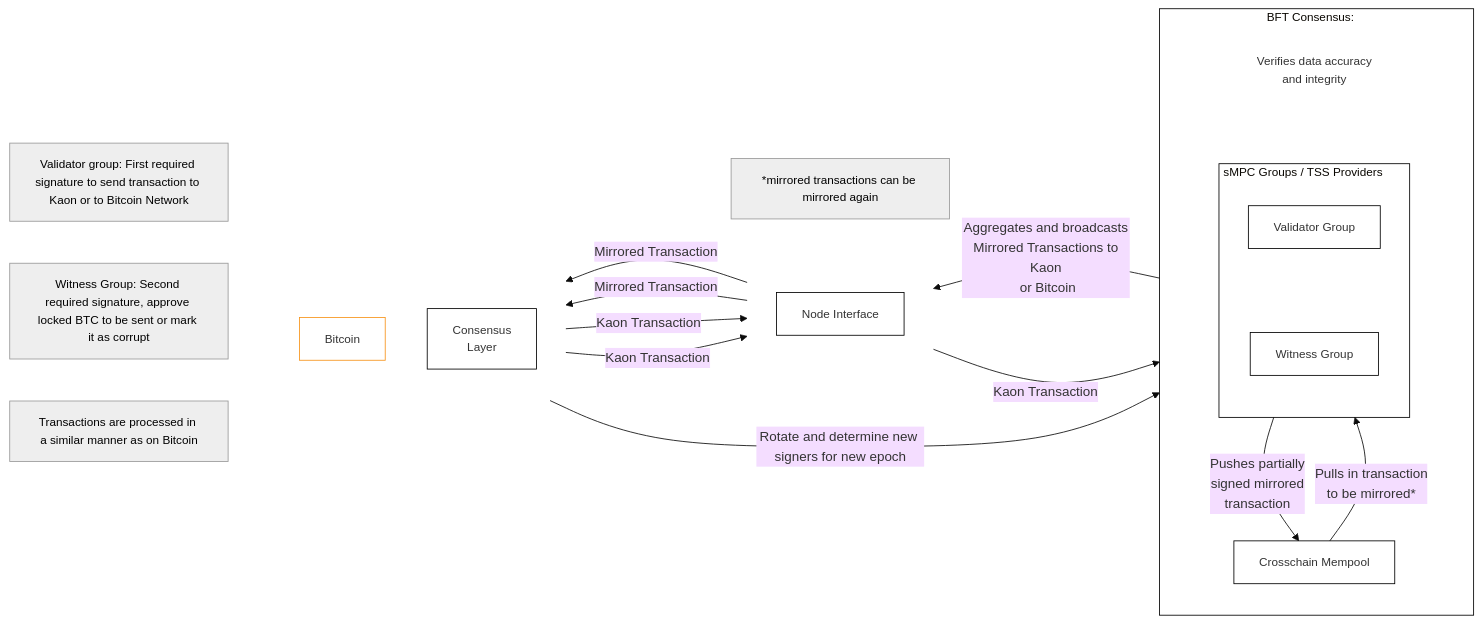
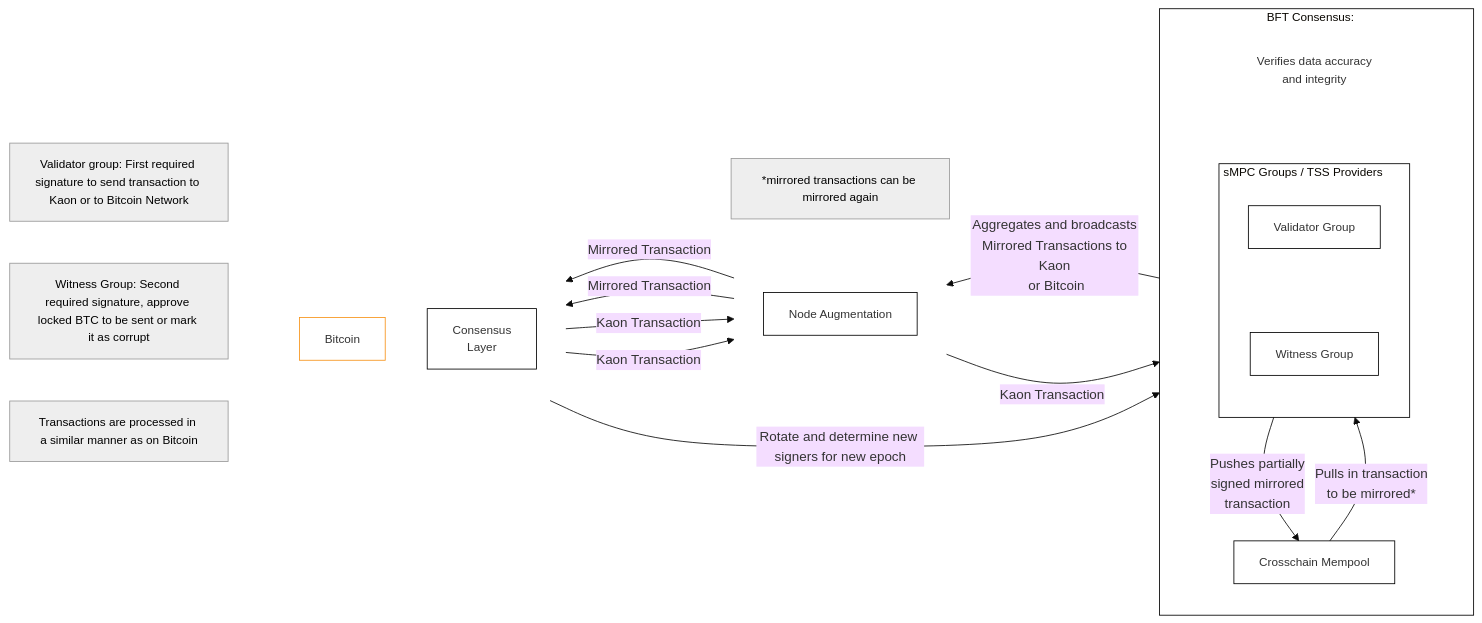
Before and after one commit to kaonone/project-overview: the first of 7 diagrams in README.md, drawn with Mermaid (base theme). The commit also changed other lines of this file, not shown here.

Commit message:
Replaced Node Interface term

````diff
--- a/README.md
+++ b/README.md
@@ -23,73 +23,73 @@
 ```mermaid
 %% Set default font style to Arial for compatibility
 %% Use font-size and color to ensure text displays correctly in PowerPoint
 
 flowchart RL
  subgraph s3[" "]
     direction TB
         BTC["Bitcoin"]
         CL["Consensus<br /> Layer"]
  end
  style BTC fill:transparent,stroke:#F7931A,font-family:Arial,font-size:14px
  style CL fill:transparent,stroke:#000000,font-family:Arial,font-size:14px
  style s3 fill:transparent,stroke-width:0px,font-family:Arial
 
  subgraph s4[" "]
     direction TB
-         NI["Node Interface"]
+         NI["Node Augmentation"]
  end
  style NI fill:none,stroke:#000000,font-family:Arial,font-size:14px
  style s4 fill:none,stroke-width:0px,font-family:Arial
 
  subgraph s1["BFT Consensus:"]
     direction TB
         n4["Crosschain Mempool"]
         s2
         n1["Verifies data accuracy<br> and integrity"]
   end
  style s1 fill:none,stroke:#000000,font-family:Arial,font-size:14px
  style n4 fill:none,stroke:#000000,font-family:Arial,font-size:14px
  style s2 fill:none,stroke:#000000,font-family:Arial,font-size:14px
  style n1 fill:none,stroke:#000000,font-family:Arial,font-size:14px
 
  subgraph s2["sMPC Groups / TSS Providers"]
     direction TB
         n3["Witness Group"]
         n2["Validator Group"]
  end
  style s2 fill:none,stroke:#000000,font-family:Arial,font-size:14px
  style n3 fill:none,stroke:#000000,font-family:Arial,font-size:14px
  style n2 fill:none,stroke:#000000,font-family:Arial,font-size:14px
 
     t1["*mirrored transactions can be mirrored again"]
     t2["Validator group: First required signature to send transaction to Kaon or to Bitcoin Network"]
     t3["Witness Group: Second required signature, approve locked BTC to be sent or mark it as corrupt"]
     t4["Transactions are processed in a similar manner as on Bitcoin"]
     
     s3 ~~~ s4 ~~~ s1
     n2 ~~~ n3
     n1 ~~~ s2
     CL -- Kaon Transaction --> NI
     BTC -- Kaon Transaction --> NI
     NI -- Mirrored Transaction --> CL
     NI -- Mirrored Transaction --> BTC
     CL -- Rotate and determine new signers for new epoch --> s1
     NI -- Kaon Transaction --> s1
     s1 -- Aggregates and broadcasts<br /> Mirrored Transactions to Kaon<br /> or Bitcoin --> NI
     n4 -- Pulls in transaction<br /> to be mirrored* --> s2
     s2 -- Pushes partially<br /> signed mirrored<br /> transaction --> n4
     s1 ~~~ t1
     CL ~~~ t2
     CL ~~~ t3
     CL ~~~ t4
 
     style n1 stroke-width:0px,fill:transparent,font-family:Arial
     style s3 stroke-width:0px,fill:transparent,font-family:Arial
 
     t1:::Ash
     t2:::Ash
     t3:::Ash
     t4:::Ash
     classDef Ash stroke-width:1px, stroke-dasharray:none, stroke:#999999, fill:#EEEEEE, color:#000000, font-family:Arial, font-size:14px
 
 ```
````
